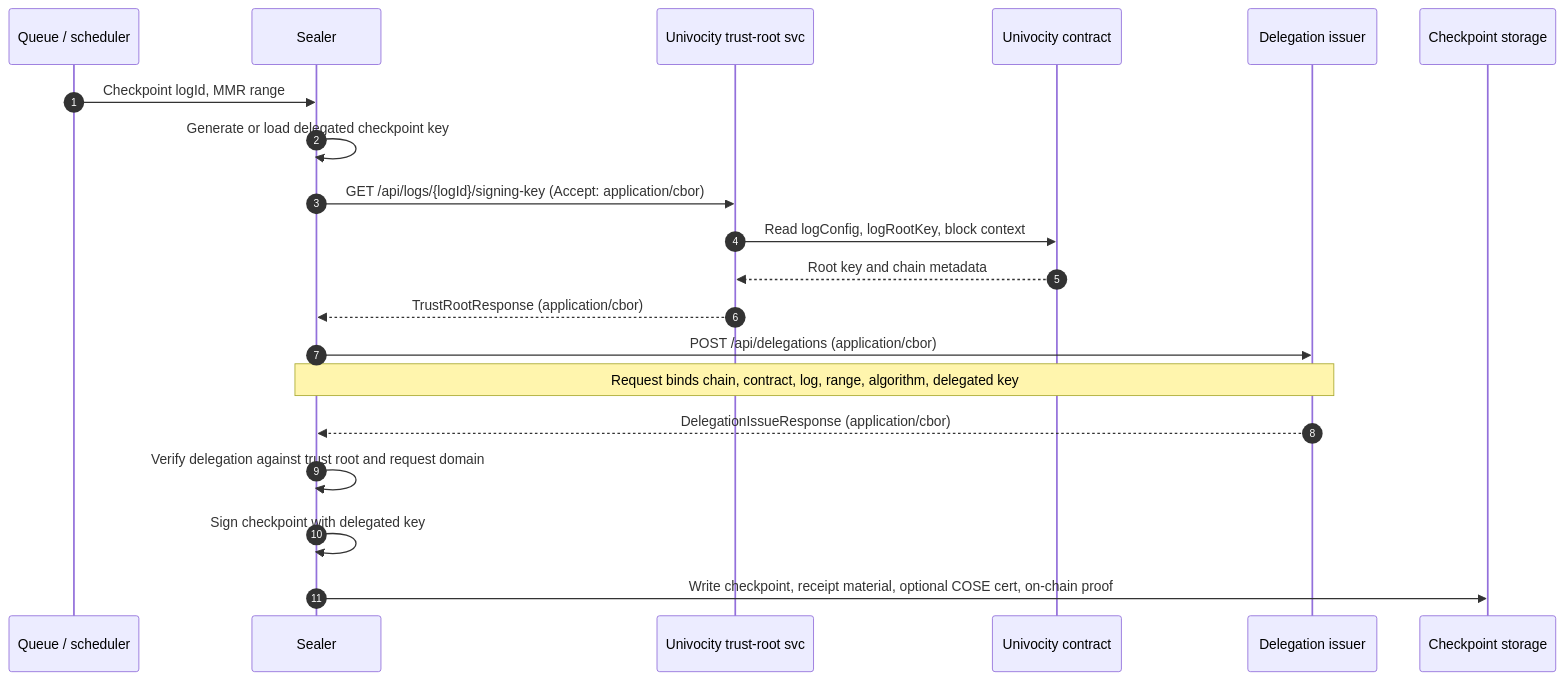
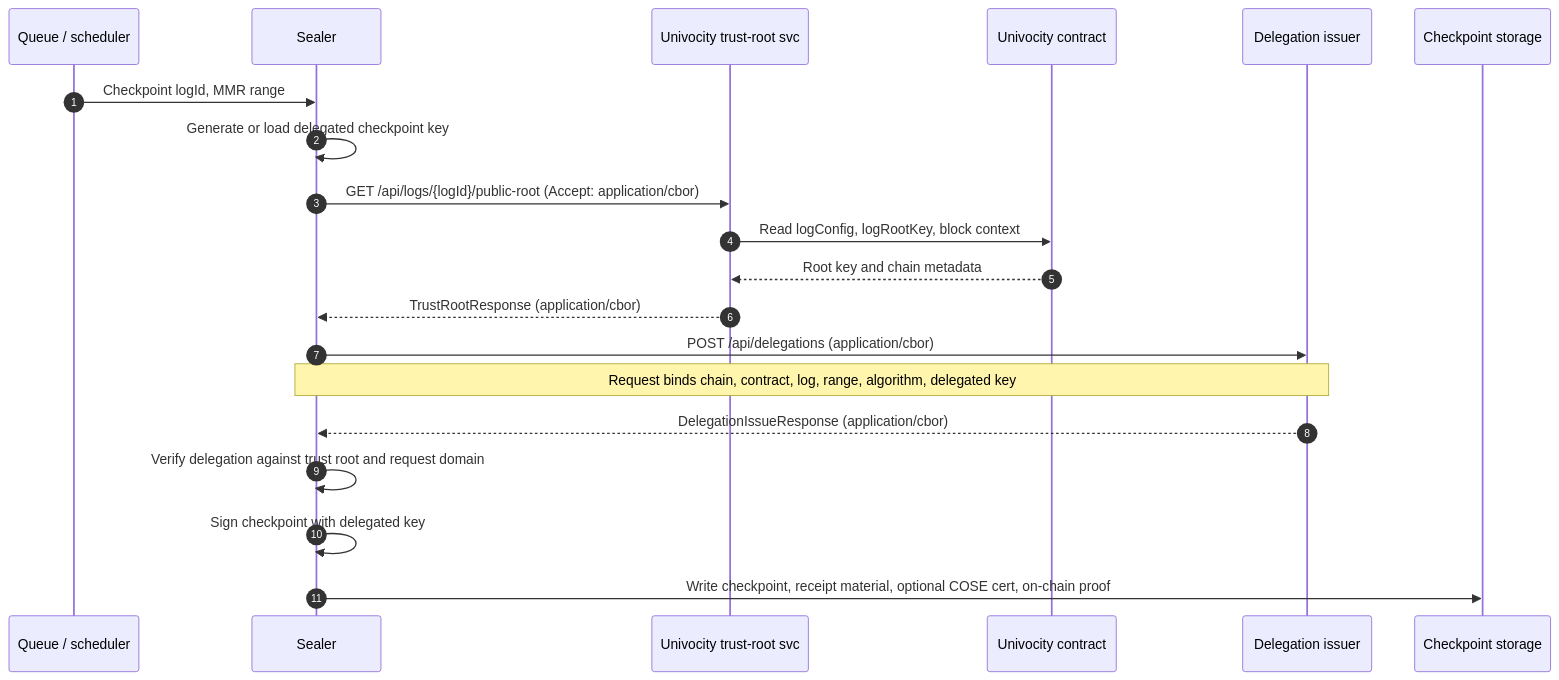
The first of 4 diagrams in docs/plan-0003-non-custodial-checkpoint-support.md (forestrie/arbor), drawn with Mermaid before and after one commit. The commit also changed other lines of this file and 16 other files, not shown here.

````diff
--- a/docs/plan-0003-non-custodial-checkpoint-support.md
+++ b/docs/plan-0003-non-custodial-checkpoint-support.md
@@ -306,23 +306,23 @@
 ```mermaid
 sequenceDiagram
     autonumber
     participant Queue as Queue / scheduler
     participant Sealer
     participant UnivocitySvc as Univocity trust-root svc
     participant Contract as Univocity contract
     participant Issuer as Delegation issuer
     participant Store as Checkpoint storage
 
     Queue->>Sealer: Checkpoint logId, MMR range
     Sealer->>Sealer: Generate or load delegated checkpoint key
-    Sealer->>UnivocitySvc: GET /api/logs/{logId}/signing-key (Accept: application/cbor)
+    Sealer->>UnivocitySvc: GET /api/logs/{logId}/public-root (Accept: application/cbor)
     UnivocitySvc->>Contract: Read logConfig, logRootKey, block context
     Contract-->>UnivocitySvc: Root key and chain metadata
     UnivocitySvc-->>Sealer: TrustRootResponse (application/cbor)
     Sealer->>Issuer: POST /api/delegations (application/cbor)
     Note over Sealer,Issuer: Request binds chain, contract, log, range, algorithm, delegated key
     Issuer-->>Sealer: DelegationIssueResponse (application/cbor)
     Sealer->>Sealer: Verify delegation against trust root and request domain
     Sealer->>Sealer: Sign checkpoint with delegated key
     Sealer->>Store: Write checkpoint, receipt material, optional COSE cert, on-chain proof
 ```
````
